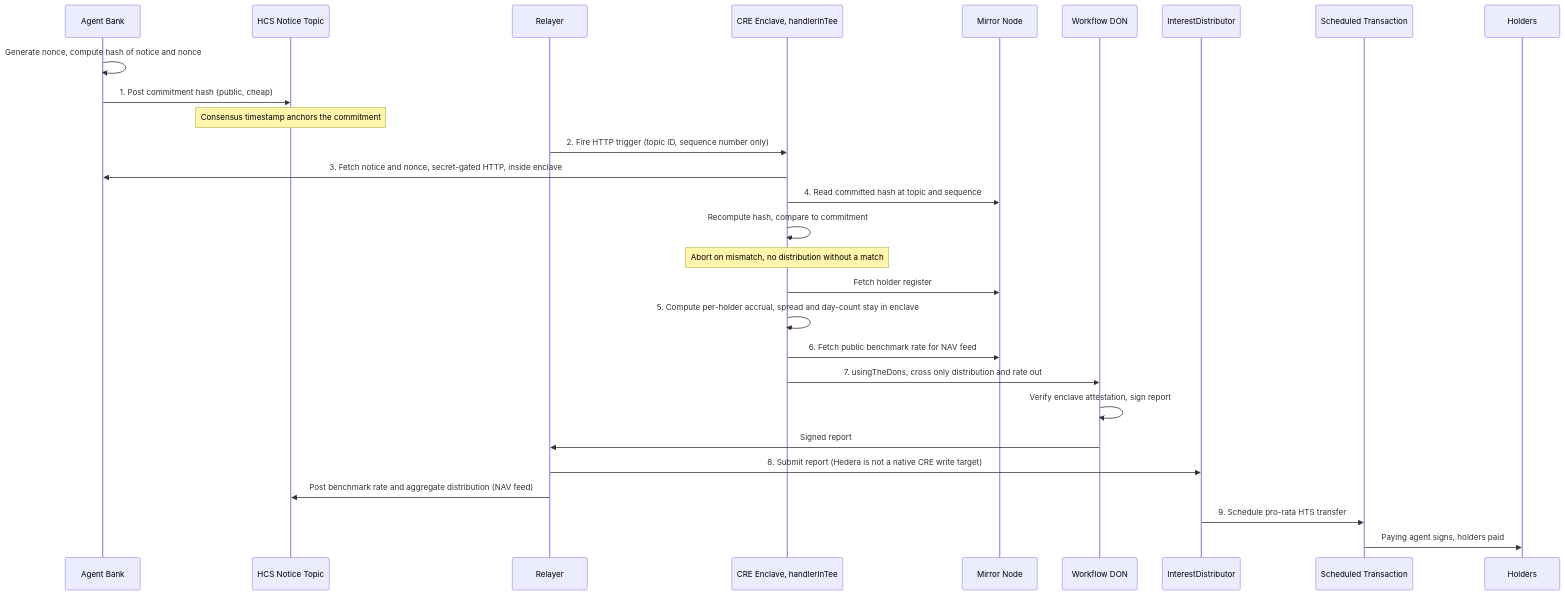
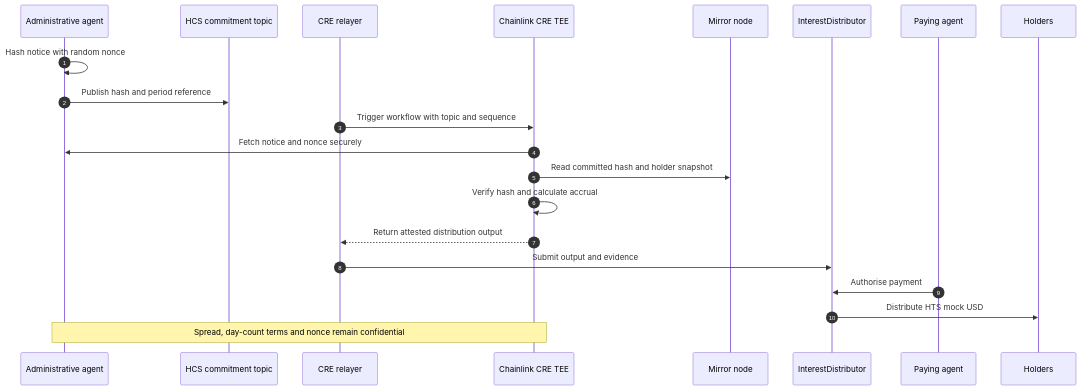
The third of 6 diagrams in HACKATHON-PRD.md (queenleoa/SyndicateLend), drawn with Mermaid before and after one commit. The commit also changed other lines of this file and 1 other file, not shown here.

````diff
--- a/HACKATHON-PRD.md
+++ b/HACKATHON-PRD.md
@@ -244,34 +197,25 @@
 ```mermaid
 sequenceDiagram
-    participant Bank as Agent Bank
-    participant HCS as HCS Notice Topic
-    participant Relayer
-    participant TEE as CRE Enclave, handlerInTee
-    participant Mirror as Mirror Node
-    participant DON as Workflow DON
-    participant IntDist as InterestDistributor
-    participant HSS as Scheduled Transaction
-    participant Holders
+    autonumber
+    participant A as Administrative agent
+    participant T as HCS commitment topic
+    participant R as CRE relayer
+    participant C as Chainlink CRE TEE
+    participant N as Mirror node
+    participant D as InterestDistributor
+    participant P as Paying agent
+    participant H as Holders
 
-    Bank->>Bank: Generate nonce, compute hash of notice and nonce
-    Bank->>HCS: 1. Post commitment hash (public, cheap)
-    Note over HCS: Consensus timestamp anchors the commitment
+    A->>A: Hash notice with random nonce
+    A->>T: Publish hash and period reference
+    R->>C: Trigger workflow with topic and sequence
+    C->>A: Fetch notice and nonce securely
+    C->>N: Read committed hash and holder snapshot
+    C->>C: Verify hash and calculate accrual
+    C-->>R: Return attested distribution output
+    R->>D: Submit output and evidence
+    P->>D: Authorise payment
+    D->>H: Distribute HTS mock USD
 
-    Relayer->>TEE: 2. Fire HTTP trigger (topic ID, sequence number only)
-    TEE->>Bank: 3. Fetch notice and nonce, secret-gated HTTP, inside enclave
-    TEE->>Mirror: 4. Read committed hash at topic and sequence
-    TEE->>TEE: Recompute hash, compare to commitment
-    Note over TEE: Abort on mismatch, no distribution without a match
-
-    TEE->>Mirror: Fetch holder register
-    TEE->>TEE: 5. Compute per-holder accrual, spread and day-count stay in enclave
-    TEE->>Mirror: 6. Fetch public benchmark rate for NAV feed
-    TEE->>DON: 7. usingTheDons, cross only distribution and rate out
-    DON->>DON: Verify enclave attestation, sign report
-
-    DON->>Relayer: Signed report
-    Relayer->>IntDist: 8. Submit report (Hedera is not a native CRE write target)
-    Relayer->>HCS: Post benchmark rate and aggregate distribution (NAV feed)
-    IntDist->>HSS: 9. Schedule pro-rata HTS transfer
-    HSS->>Holders: Paying agent signs, holders paid
+    Note over A,C: Spread, day-count terms and nonce remain confidential
 ```
````
